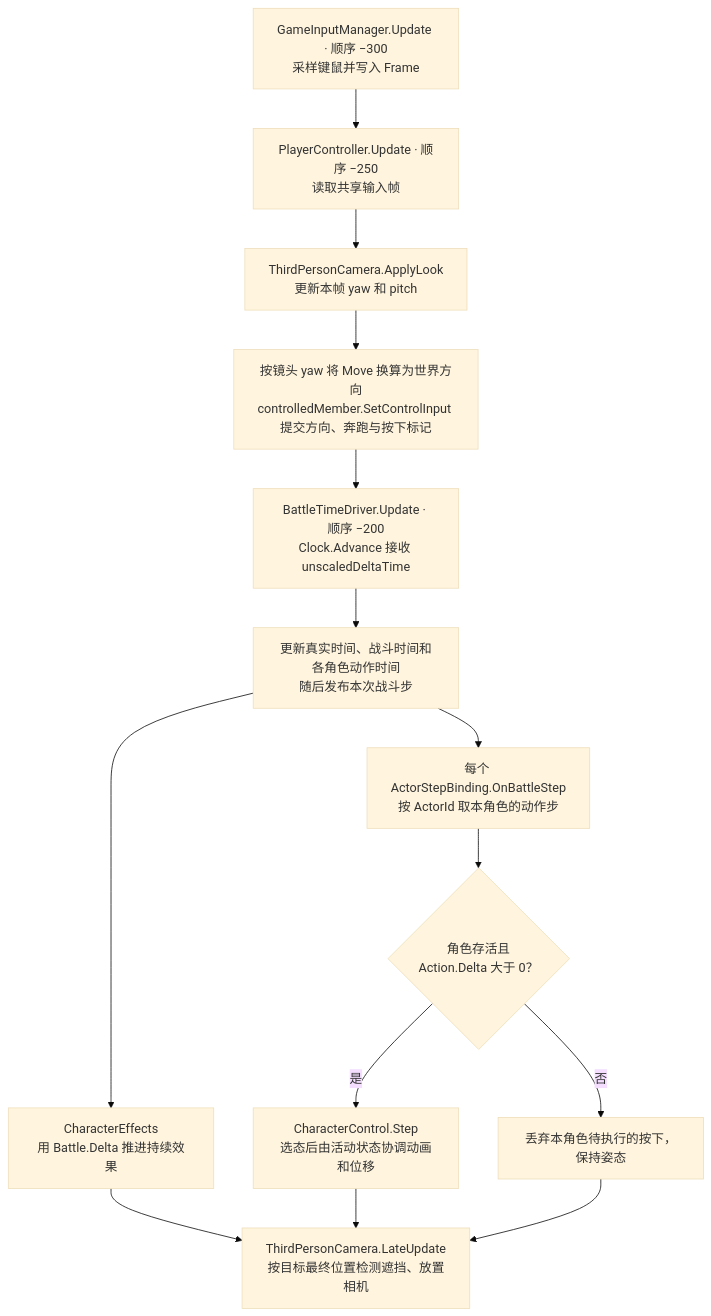
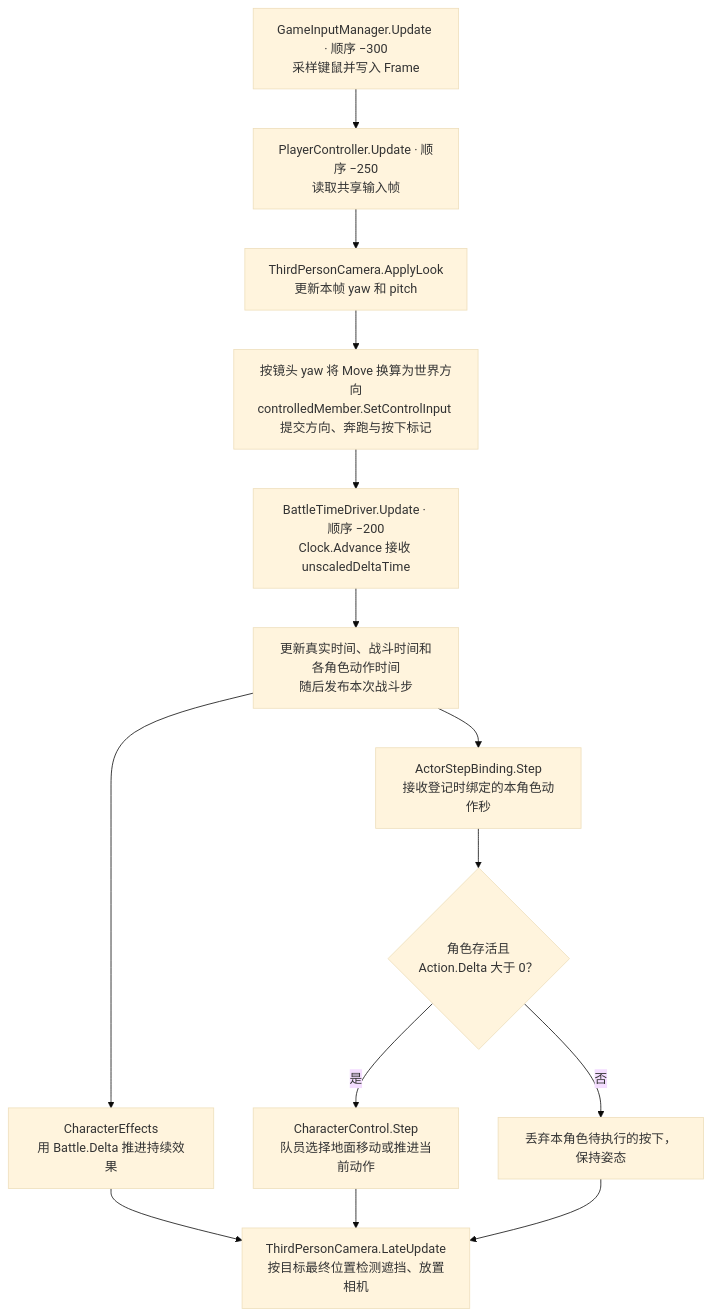
One commit to emt11/Arknights-Endfield-Demo changed the second of 5 diagrams in Docs/项目运行流程图.md. Above: the diagram before and after it, drawn with Mermaid (base theme). The commit also changed other lines of this file and 33 other files, not shown here.

````diff
--- a/Docs/项目运行流程图.md
+++ b/Docs/项目运行流程图.md
@@ -25,17 +25,17 @@
 ```mermaid
 flowchart TB
     sample["GameInputManager.Update · 顺序 −300<br/>采样键鼠并写入 Frame"]
     sample --> player["PlayerController.Update · 顺序 −250<br/>读取共享输入帧"]
     player --> look["ThirdPersonCamera.ApplyLook<br/>更新本帧 yaw 和 pitch"]
     look --> submit["按镜头 yaw 将 Move 换算为世界方向<br/>controlledMember.SetControlInput 提交方向、奔跑与按下标记"]
     submit --> advance["BattleTimeDriver.Update · 顺序 −200<br/>Clock.Advance 接收 unscaledDeltaTime"]
     advance --> clocks["更新真实时间、战斗时间和各角色动作时间<br/>随后发布本次战斗步"]
     clocks --> effects["CharacterEffects<br/>用 Battle.Delta 推进持续效果"]
-    clocks --> step["每个 ActorStepBinding.OnBattleStep<br/>按 ActorId 取本角色的动作步"]
+    clocks --> step["ActorStepBinding.Step<br/>接收登记时绑定的本角色动作秒"]
     step --> gate{"角色存活且<br/>Action.Delta 大于 0？"}
-    gate -->|是| act["CharacterControl.Step<br/>选态后由活动状态协调动画和位移"]
+    gate -->|是| act["CharacterControl.Step<br/>队员选择地面移动或推进当前动作"]
     gate -->|否| skip["丢弃本角色待执行的按下，保持姿态"]
     effects --> late["ThirdPersonCamera.LateUpdate<br/>按目标最终位置检测遮挡、放置相机"]
     act --> late
     skip --> late
 ```
````
